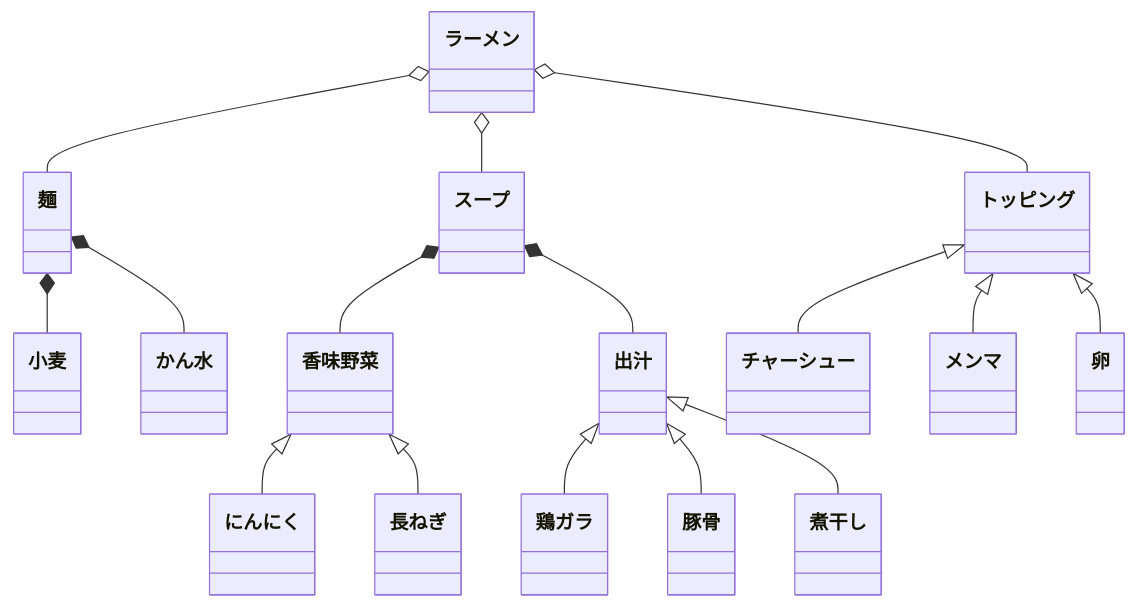
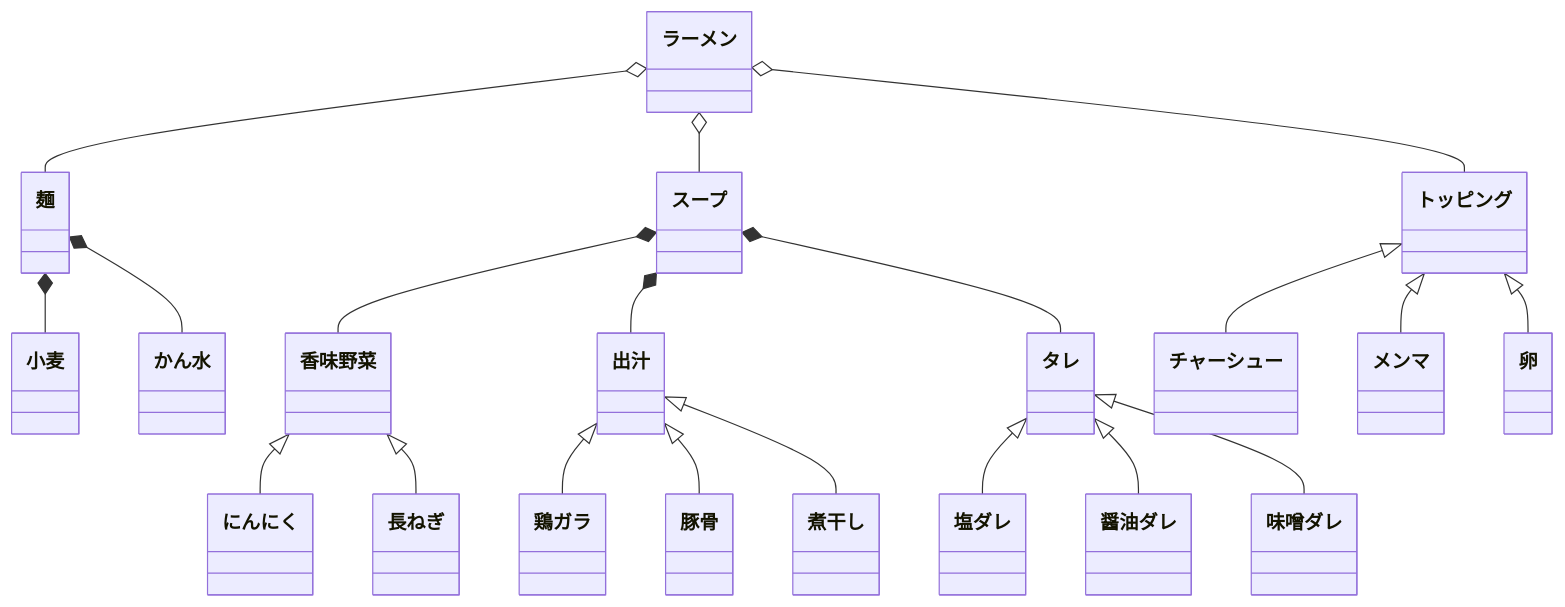
One commit to tpu-game-2022/mermaid_test changed the third of 3 diagrams in README.md. Above: the diagram before and after it, drawn with Mermaid.

````diff
--- a/README.md
+++ b/README.md
@@ -66,18 +66,22 @@
 ```mermaid
 classDiagram
 ラーメン o--麺
 ラーメン o--スープ
 ラーメン o--トッピング
 麺 *--小麦
 麺 *--かん水
 スープ *--香味野菜
 スープ *--出汁
+スープ *--タレ
 香味野菜 <|--　にんにく
 香味野菜 <|--　長ねぎ
 出汁 <|-- 鶏ガラ
 出汁 <|-- 豚骨
 出汁 <|-- 煮干し
+タレ <|--　塩ダレ
+タレ <|--　醤油ダレ
+タレ <|--　味噌ダレ
 トッピング <|--　チャーシュー
 トッピング <|--　メンマ
 トッピング <|--　卵
 ```
````
